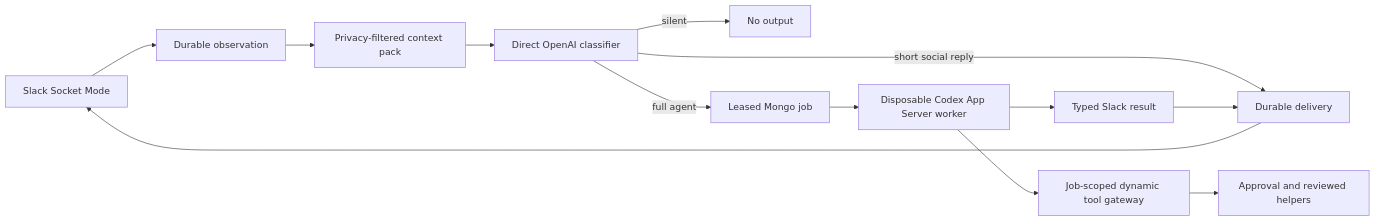
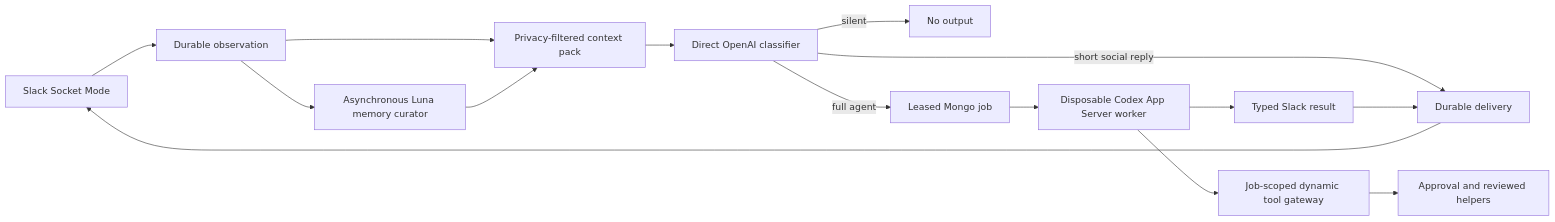
The diagram in architecture.md (telemetryOS/tos-tag), drawn with Mermaid before and after one commit. The commit also changed other lines of this file and 87 other files, not shown here.

````diff
--- a/architecture.md
+++ b/architecture.md
@@ -32,15 +33,17 @@
 ```mermaid
 flowchart LR
     S["Slack Socket Mode"] --> O["Durable observation"]
     O --> C["Privacy-filtered context pack"]
+    O --> M["Asynchronous Luna memory curator"]
+    M --> C
     C --> G["Direct OpenAI classifier"]
     G -->|silent| Z["No output"]
     G -->|short social reply| D["Durable delivery"]
     G -->|full agent| J["Leased Mongo job"]
     J --> W["Disposable Codex App Server worker"]
     W --> T["Job-scoped dynamic tool gateway"]
     W --> R["Typed Slack result"]
     T --> A["Approval and reviewed helpers"]
     R --> D
     D --> S
 ```
````
